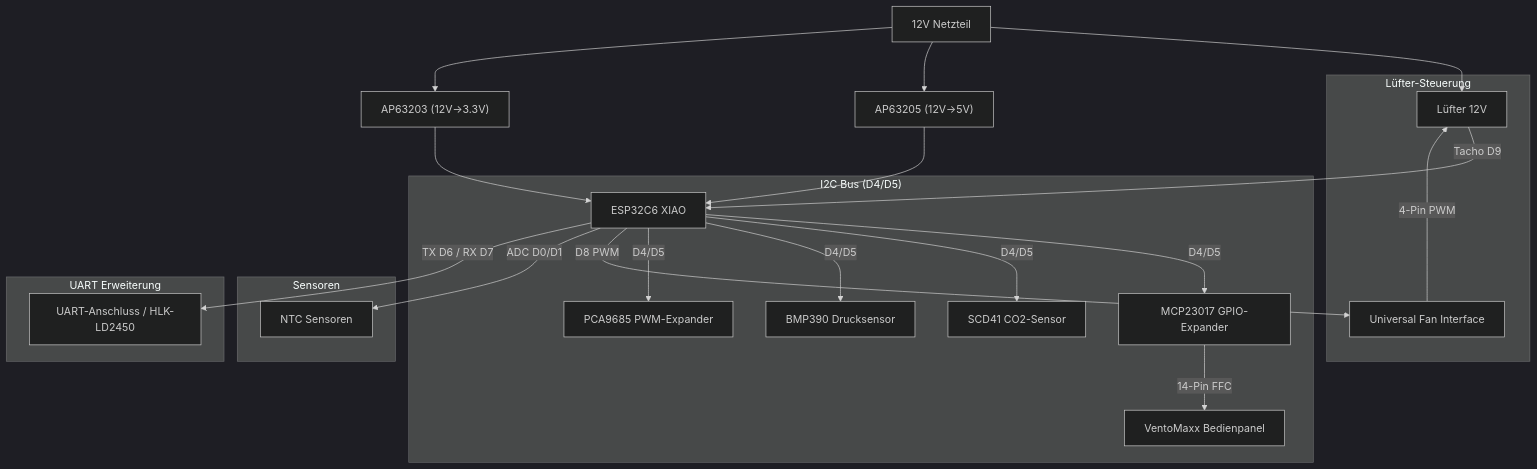
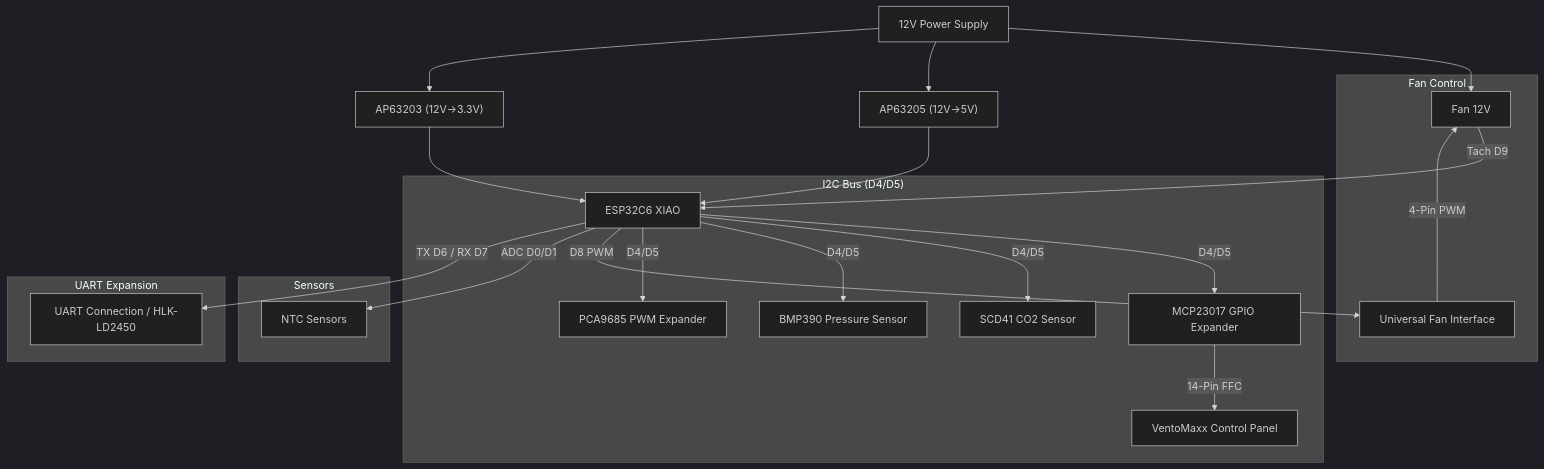
One commit to thomasengeroff-dotcom/VentoSync changed the first of 2 diagrams in Readme.md. Above: the diagram before and after it, drawn with Mermaid (dark theme). The commit also changed other lines of this file and 53 other files, not shown here.

````diff
--- a/Readme.md
+++ b/Readme.md
@@ -285,30 +287,30 @@
 ```mermaid
 graph TD
-    PSU[12V Netzteil] --> FAN[Lüfter Motor]
+    PSU[12V Power Supply] --> FAN[Fan Motor]
     PSU --> AP5V["AP63205 (12V→5V)"]
     PSU --> AP3V["AP63203 (12V→3.3V)"]
     AP5V --> XIAO[ESP32C6 XIAO]
     AP3V --> XIAO
 
     subgraph Digital_Bus_I2C ["I2C Bus (D4/D5)"]
-    XIAO -->|D4/D5| MCP[MCP23017 GPIO-Expander]
-    XIAO -->|D4/D5| SCD41[SCD41 CO2-Sensor]
-    XIAO -->|D4/D5| BMP390[BMP390 Drucksensor]
-    XIAO -->|D4/D5| PCA9685[PCA9685 PWM-Expander]
-    MCP -->|14-Pin FFC| PANEL[VentoMaxx Bedienpanel]
+    XIAO -->|D4/D5| MCP[MCP23017 GPIO Expander]
+    XIAO -->|D4/D5| SCD41[SCD41 CO2 Sensor]
+    XIAO -->|D4/D5| BMP390[BMP390 Pressure Sensor]
+    XIAO -->|D4/D5| PCA9685[PCA9685 PWM Expander]
+    MCP -->|14-Pin FFC| PANEL[VentoMaxx Control Panel]
     end
 
-    subgraph Power_Fan ["Lüfter-Steuerung"]
+    subgraph Power_Fan ["Fan Control"]
     XIAO -->|D8 PWM| FAN_CTRL[Universal Fan Interface]
-    FAN_CTRL -->|4-Pin PWM| FAN[Lüfter 12V]
-    FAN -->|Tacho D9| XIAO
+    FAN_CTRL -->|4-Pin PWM| FAN[Fan 12V]
+    FAN -->|Tach D9| XIAO
     end
 
-    subgraph Sensors ["Sensoren"]
-    XIAO -->|ADC D0/D1| NTCS[NTC Sensoren]
+    subgraph Sensors ["Sensors"]
+    XIAO -->|ADC D0/D1| NTCS[NTC Sensors]
     end
 
-    subgraph UART_EXT ["UART Erweiterung"]
-    XIAO -->|TX D6 / RX D7| UART_CON[UART-Anschluss / HLK-LD2450]
+    subgraph UART_EXT ["UART Expansion"]
+    XIAO -->|TX D6 / RX D7| UART_CON[UART Connection / HLK-LD2450]
     end
 ```
````
